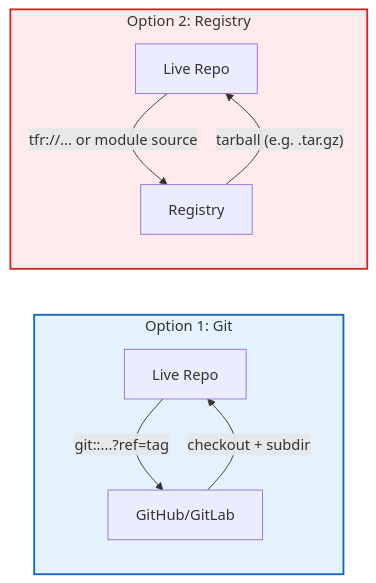
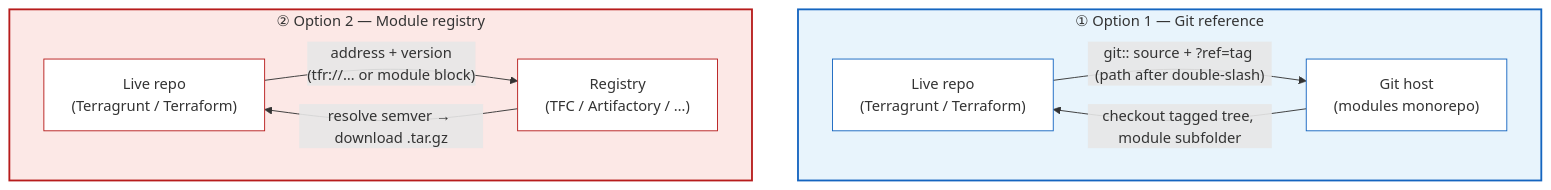
One commit to salsiy/bohobot changed the diagram in content/posts/tech-logs/part-4-git-tags-vs-registry.md. Above: the diagram before and after it, drawn with Mermaid.

Commit message:
docs: refine part 4 mermaid diagram

```diff
--- a/content/posts/tech-logs/part-4-git-tags-vs-registry.md
+++ b/content/posts/tech-logs/part-4-git-tags-vs-registry.md
@@ -23,17 +23,26 @@
 {{< mermaid >}}
-flowchart LR
-    subgraph Option1 ["Option 1: Git"]
-        direction TB
-        Live1["Live Repo"] -->|"git::...?ref=tag"| Git["GitHub/GitLab"]
-        Git -->|"checkout + subdir"| Live1
+%% Option 1 appears first (top); Option 2 below — matches article order
+flowchart TB
+    subgraph Opt1 ["① Option 1 — Git reference"]
+        direction LR
+        L1["Live repo\n(Terragrunt / Terraform)"]
+        VCS["Git host\n(modules monorepo)"]
+        L1 -->|"git:: source + ?ref=tag (path after double-slash)"| VCS
+        VCS -->|"checkout tagged tree, module subfolder"| L1
     end
 
-    subgraph Option2 ["Option 2: Registry"]
-        direction TB
-        Live2["Live Repo"] -->|"tfr://... or module source"| Reg["Registry"]
-        Reg -->|"tarball (e.g. .tar.gz)"| Live2
+    subgraph Opt2 ["② Option 2 — Module registry"]
+        direction LR
+        L2["Live repo\n(Terragrunt / Terraform)"]
+        REG["Registry\n(TFC / Artifactory / …)"]
+        L2 -->|"address + version\n(tfr://… or module block)"| REG
+        REG -->|"resolve semver → download .tar.gz"| L2
     end
 
-    style Option1 fill:#e3f2fd,stroke:#1565c0,stroke-width:2px
-    style Option2 fill:#ffebee,stroke:#c62828,stroke-width:2px
+    style Opt1 fill:#e8f4fc,stroke:#1565c0,stroke-width:2px
+    style Opt2 fill:#fce8e6,stroke:#b71c1c,stroke-width:2px
+    style L1 fill:#fff,stroke:#1565c0
+    style VCS fill:#fff,stroke:#1565c0
+    style L2 fill:#fff,stroke:#b71c1c
+    style REG fill:#fff,stroke:#b71c1c
 {{< /mermaid >}}
```
